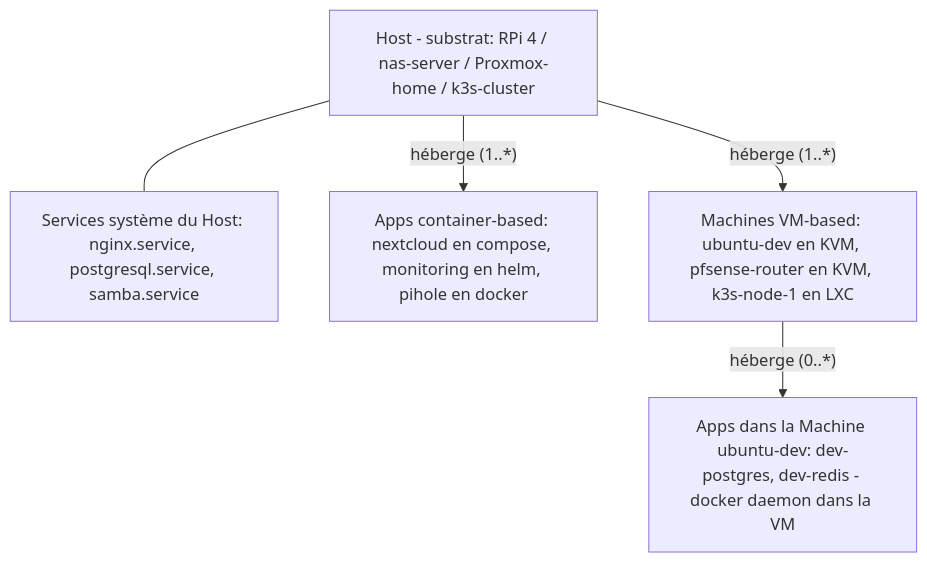
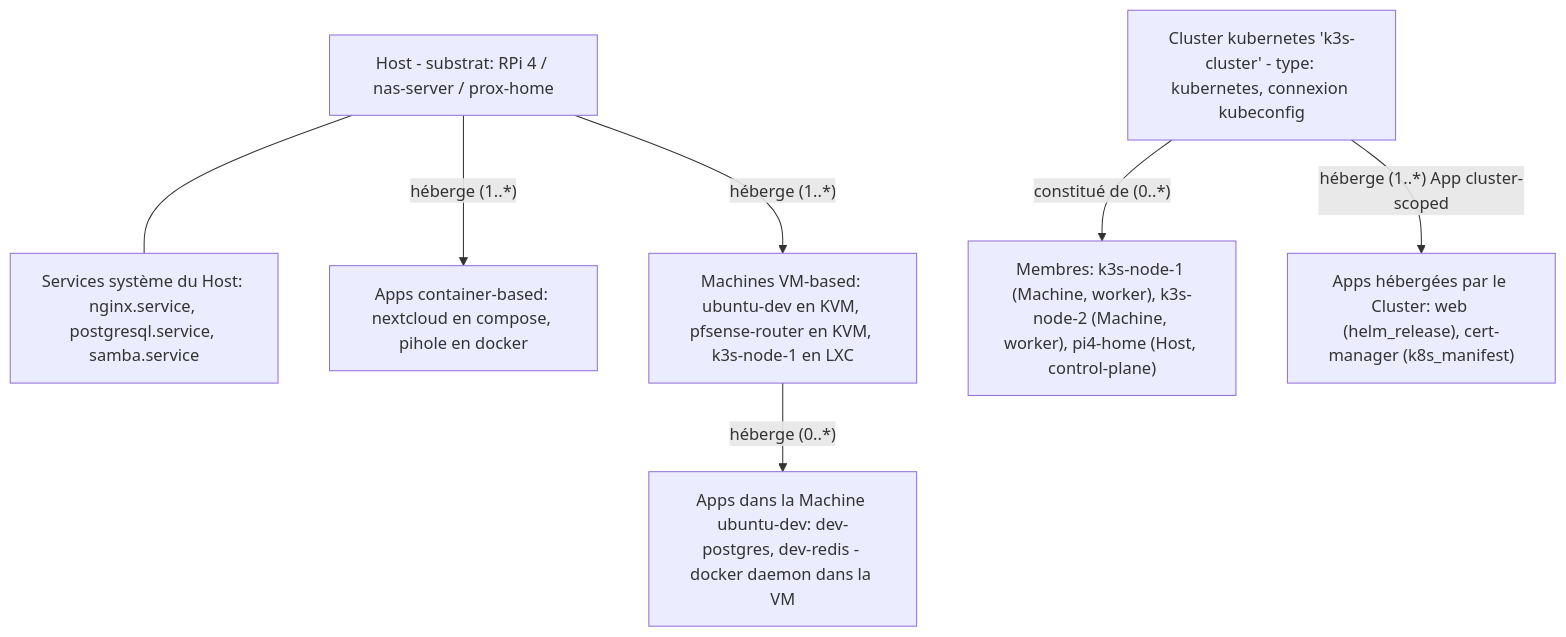
Before and after one commit to stefapi/windflow: the diagram in docs/general_specs/02-familles-workloads.md, drawn with Mermaid. The commit also changed other lines of this file and 14 other files, not shown here.

````diff
--- a/docs/general_specs/02-familles-workloads.md
+++ b/docs/general_specs/02-familles-workloads.md
@@ -70,13 +92,18 @@
 ```mermaid
 flowchart TB
-    Host["Host - substrat: RPi 4 / nas-server / Proxmox-home / k3s-cluster"]
+    Host["Host - substrat: RPi 4 / nas-server / prox-home"]
     Sys["Services système du Host: nginx.service, postgresql.service, samba.service"]
-    Apps["Apps container-based: nextcloud en compose, monitoring en helm, pihole en docker"]
+    Apps["Apps container-based: nextcloud en compose, pihole en docker"]
     Machines["Machines VM-based: ubuntu-dev en KVM, pfsense-router en KVM, k3s-node-1 en LXC"]
     AppsInVM["Apps dans la Machine ubuntu-dev: dev-postgres, dev-redis - docker daemon dans la VM"]
+    Cluster["Cluster kubernetes 'k3s-cluster' - type: kubernetes, connexion kubeconfig"]
+    ClusterMembers["Membres: k3s-node-1 (Machine, worker), k3s-node-2 (Machine, worker), pi4-home (Host, control-plane)"]
+    AppsInCluster["Apps hébergées par le Cluster: web (helm_release), cert-manager (k8s_manifest)"]
 
     Host --- Sys
     Host -- "héberge (1..*)" --> Apps
     Host -- "héberge (1..*)" --> Machines
     Machines -- "héberge (0..*)" --> AppsInVM
+    Cluster -- "constitué de (0..*)" --> ClusterMembers
+    Cluster -- "héberge (1..*) App cluster-scoped" --> AppsInCluster
 ```
````
